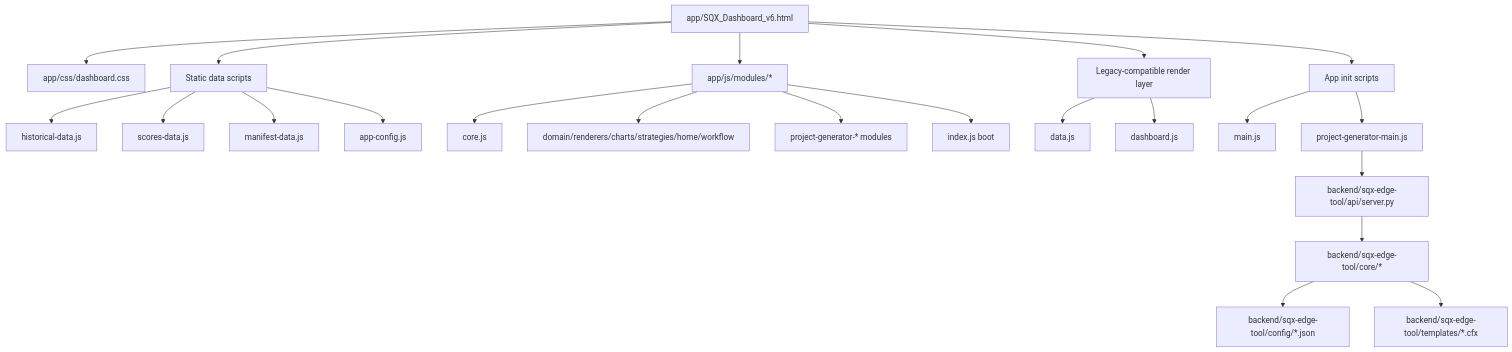
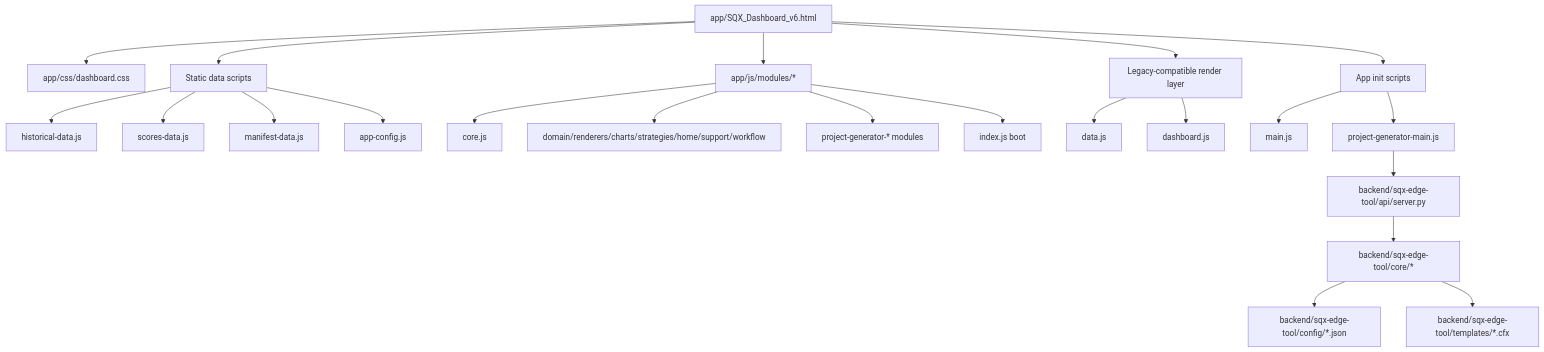
Before and after one commit to CryptoLeon78/SQX_Edge_Suite_v1: the diagram in docs/ARCHITECTURE.md, drawn with Mermaid. The commit also changed other lines of this file and 15 other files, not shown here.

Commit message:
Add safe support diagnostics flow

````diff
--- a/docs/ARCHITECTURE.md
+++ b/docs/ARCHITECTURE.md
@@ -17,29 +17,29 @@
 ```mermaid
 flowchart TD
   H["app/SQX_Dashboard_v6.html"] --> CSS["app/css/dashboard.css"]
   H --> DATA["Static data scripts"]
   H --> MOD["app/js/modules/*"]
   H --> LEG["Legacy-compatible render layer"]
   H --> INIT["App init scripts"]
 
   DATA --> HD["historical-data.js"]
   DATA --> SD["scores-data.js"]
   DATA --> MD["manifest-data.js"]
   DATA --> CFG["app-config.js"]
 
   MOD --> CORE["core.js"]
-  MOD --> FEAT["domain/renderers/charts/strategies/home/workflow"]
+  MOD --> FEAT["domain/renderers/charts/strategies/home/support/workflow"]
   MOD --> PG["project-generator-* modules"]
   MOD --> IDX["index.js boot"]
 
   LEG --> DJ["data.js"]
   LEG --> DASH["dashboard.js"]
 
   INIT --> MAIN["main.js"]
   INIT --> PGM["project-generator-main.js"]
 
   PGM --> API["backend/sqx-edge-tool/api/server.py"]
   API --> COREPY["backend/sqx-edge-tool/core/*"]
   COREPY --> CONFIG["backend/sqx-edge-tool/config/*.json"]
   COREPY --> TPL["backend/sqx-edge-tool/templates/*.cfx"]
 ```
````
